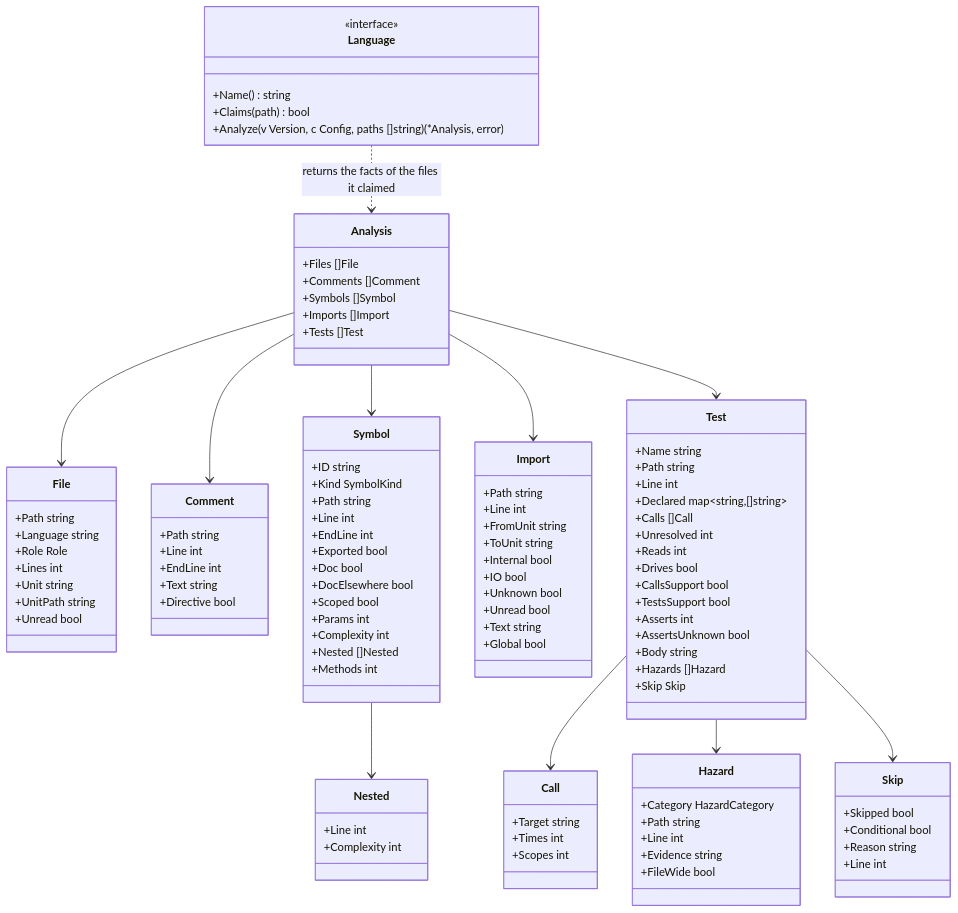
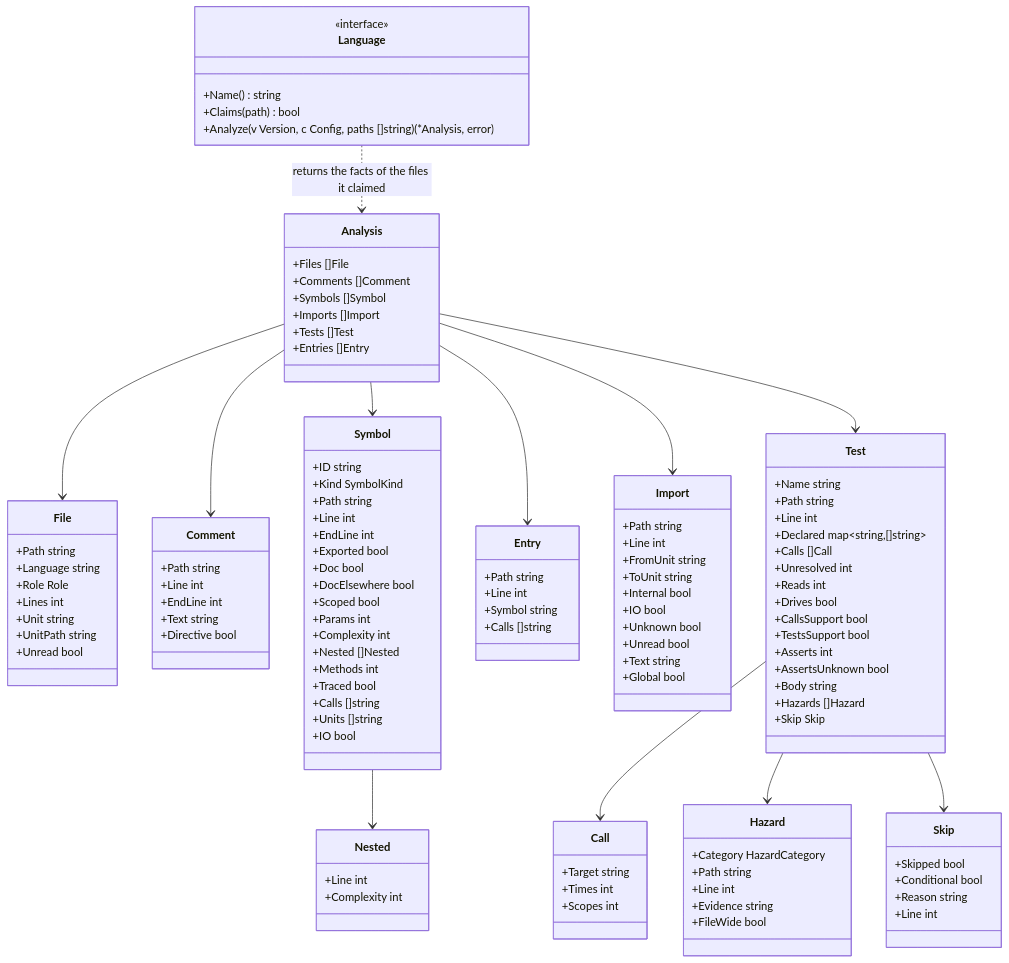
The diagram in docs/design/adapters.md (rerorets/hadome), drawn with Mermaid before and after one commit. The commit also changed other lines of this file and 16 other files, not shown here.

```diff
--- a/docs/design/adapters.md
+++ b/docs/design/adapters.md
@@ -28,6 +28,7 @@
     +Symbols []Symbol
     +Imports []Import
     +Tests []Test
+    +Entries []Entry
   }
   class File {
     +Path string
@@ -59,6 +60,16 @@
     +Complexity int
     +Nested []Nested
     +Methods int
+    +Traced bool
+    +Calls []string
+    +Units []string
+    +IO bool
+  }
+  class Entry {
+    +Path string
+    +Line int
+    +Symbol string
+    +Calls []string
   }
   class Nested {
     +Line int
@@ -121,6 +132,7 @@
   Analysis --> Comment
   Analysis --> Symbol
   Symbol --> Nested
+  Analysis --> Entry
   Analysis --> Import
   Analysis --> Test
   Test --> Call
```
